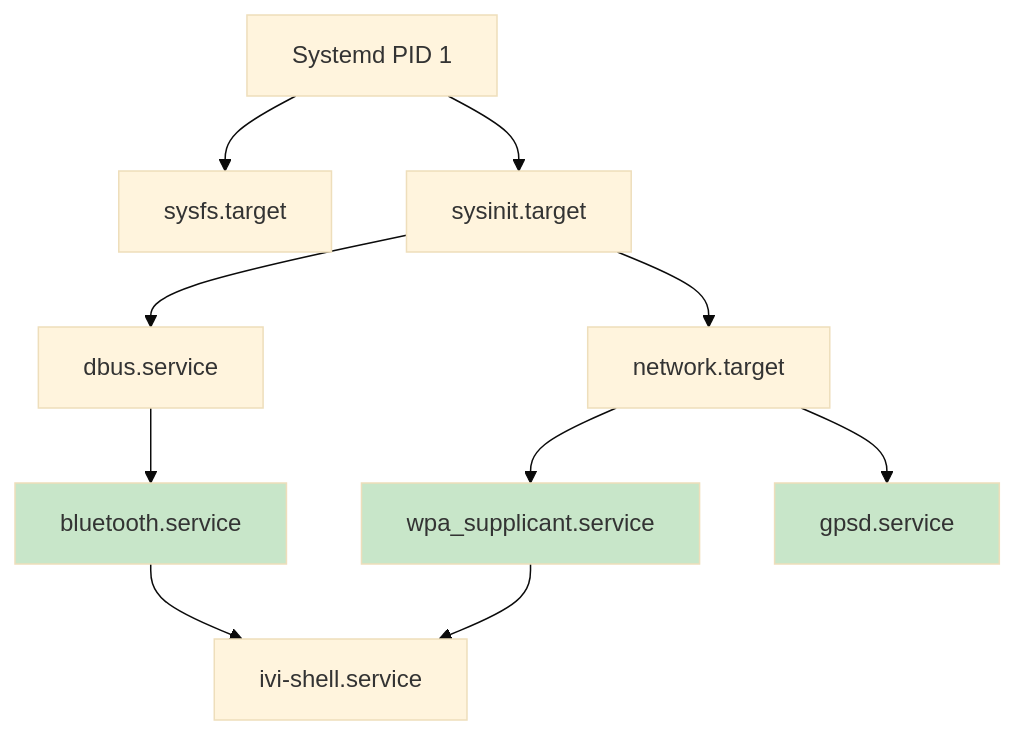
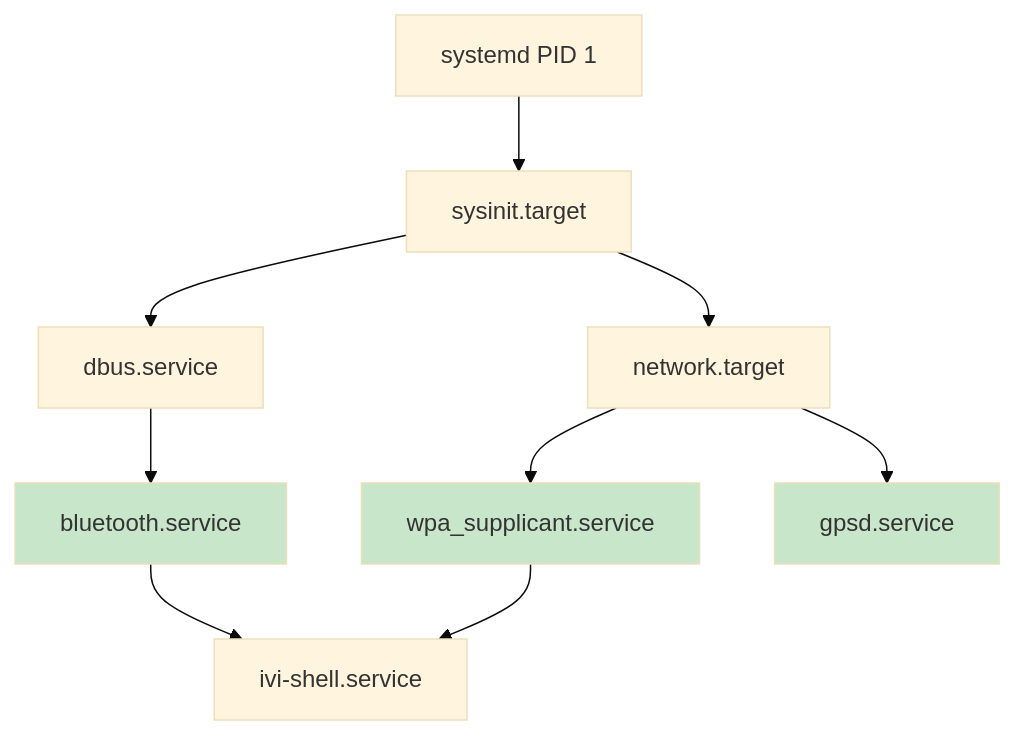
One commit to xiaohong0925/Embedded_Knowledge_System_V2026 changed the second of 2 diagrams in docs/02-核心机制深度解析/第7章 启动链深度解析/7.6.3_从init到systemd_初始化系统的演进.md. Above: the diagram before and after it, drawn with Mermaid (base theme). The commit also changed other lines of this file and 20 other files, not shown here.

````diff
--- a/docs/02-核心机制深度解析/第7章 启动链深度解析/7.6.3_从init到systemd_初始化系统的演进.md
+++ b/docs/02-核心机制深度解析/第7章 启动链深度解析/7.6.3_从init到systemd_初始化系统的演进.md
@@ -134,16 +110,15 @@
 ```mermaid
 graph TD
-    systemd[Systemd PID 1] --> sysfs[sysfs.target]
-    systemd --> sysinit[sysinit.target]
+    systemd[systemd PID 1] --> sysinit[sysinit.target]
     sysinit --> dbus[dbus.service]
     sysinit --> net[network.target]
     dbus --> bt[bluetooth.service]
     net --> wifi[wpa_supplicant.service]
     net --> gps[gpsd.service]
     bt --> ui[ivi-shell.service]
     wifi --> ui
-    
+
     style bt fill:#c8e6c9
     style gps fill:#c8e6c9
     style wifi fill:#c8e6c9
 ```
````
